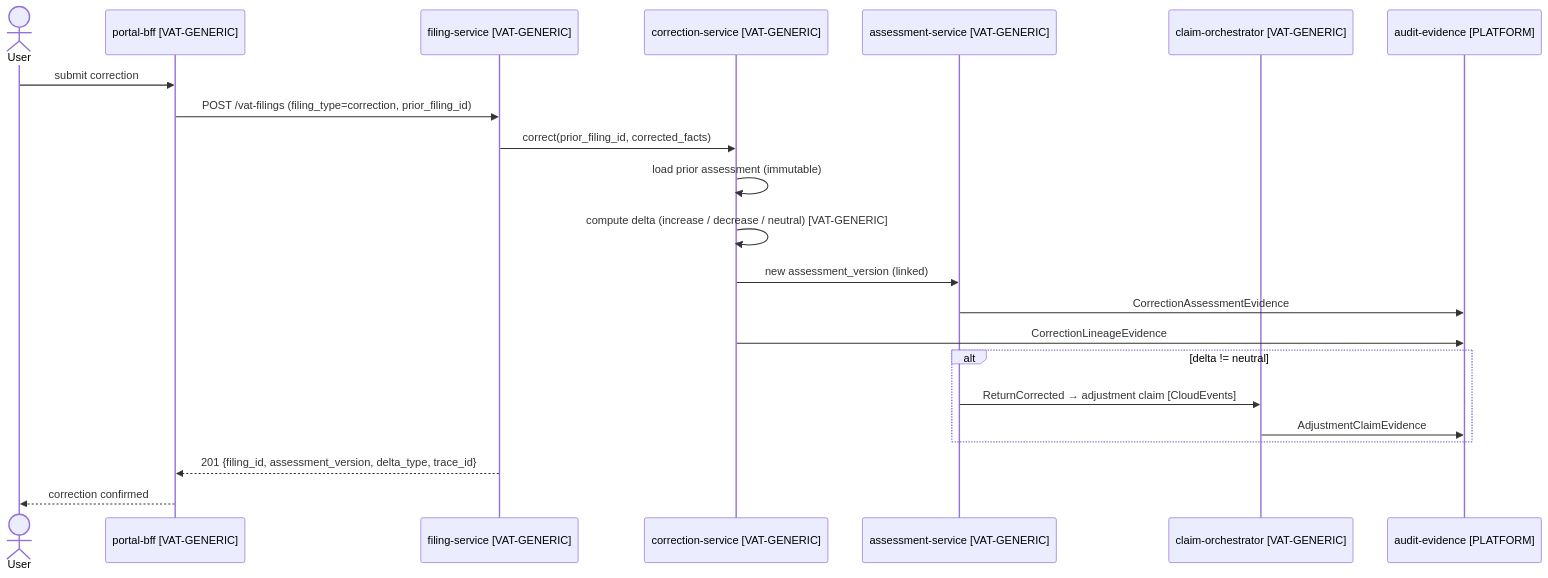
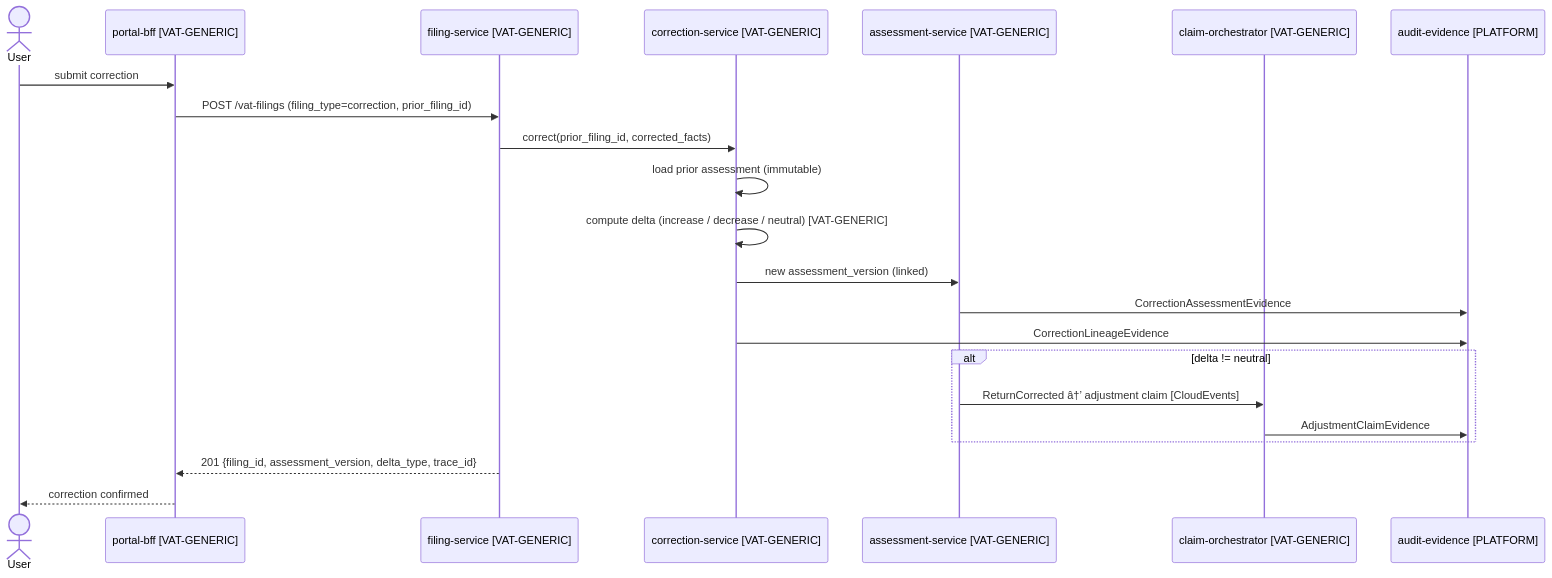
One commit to nc-tbi/VATRI-Codex changed the ninth of 13 diagrams in design/01-vat-filing-assessment-solution-design.md. Above: the diagram before and after it, drawn with Mermaid. The commit also changed other lines of this file and 13 other files, not shown here.

Commit message:
Incorporate latest BA updates and align architecture, traceability, and ViDA step coverage

````diff
--- a/design/01-vat-filing-assessment-solution-design.md
+++ b/design/01-vat-filing-assessment-solution-design.md
@@ -419,25 +419,25 @@
 ```mermaid
 sequenceDiagram
     actor User
     participant BFF as portal-bff [VAT-GENERIC]
     participant FS as filing-service [VAT-GENERIC]
     participant CS as correction-service [VAT-GENERIC]
     participant AS as assessment-service [VAT-GENERIC]
     participant CO as claim-orchestrator [VAT-GENERIC]
     participant AE as audit-evidence [PLATFORM]
 
     User->>BFF: submit correction
     BFF->>FS: POST /vat-filings (filing_type=correction, prior_filing_id)
     FS->>CS: correct(prior_filing_id, corrected_facts)
     CS->>CS: load prior assessment (immutable)
     CS->>CS: compute delta (increase / decrease / neutral) [VAT-GENERIC]
     CS->>AS: new assessment_version (linked)
     AS->>AE: CorrectionAssessmentEvidence
     CS->>AE: CorrectionLineageEvidence
     alt delta != neutral
-        AS->>CO: ReturnCorrected → adjustment claim [CloudEvents]
+        AS->>CO: ReturnCorrected â†’ adjustment claim [CloudEvents]
         CO->>AE: AdjustmentClaimEvidence
     end
     FS-->>BFF: 201 {filing_id, assessment_version, delta_type, trace_id}
     BFF-->>User: correction confirmed
 ```
````
